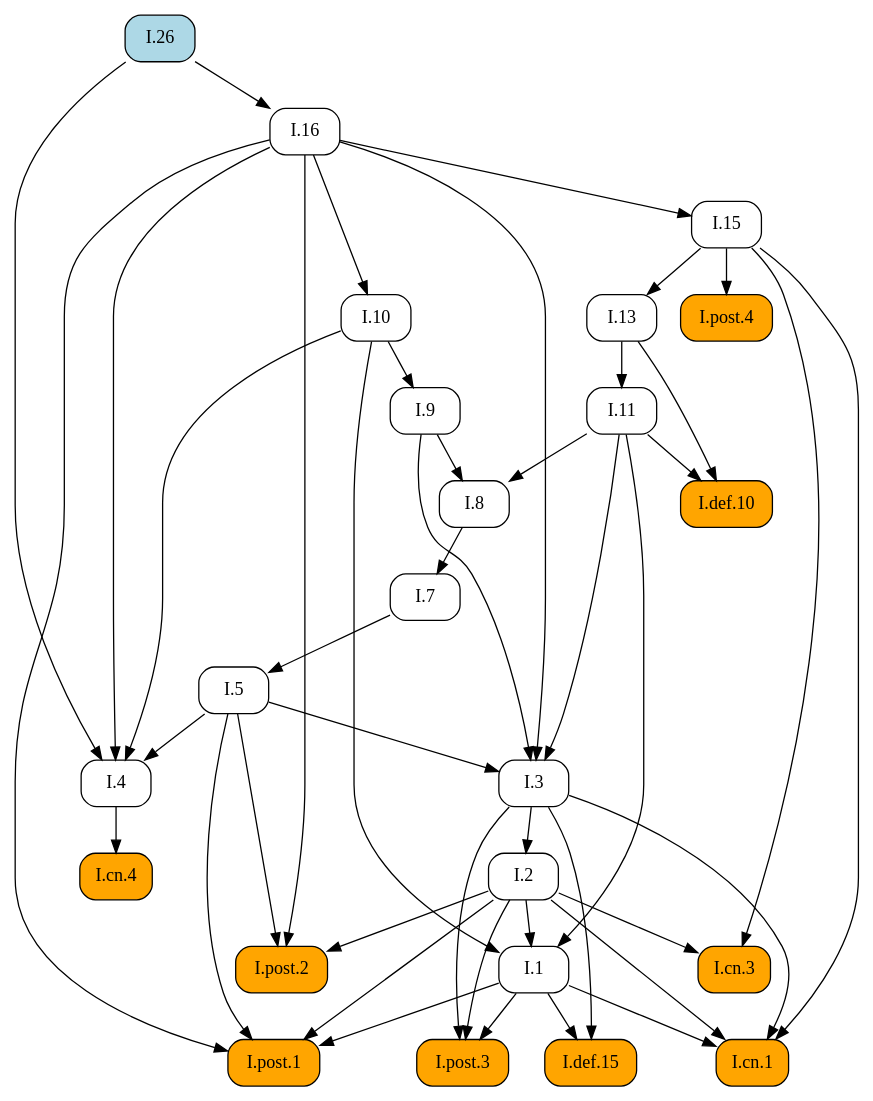
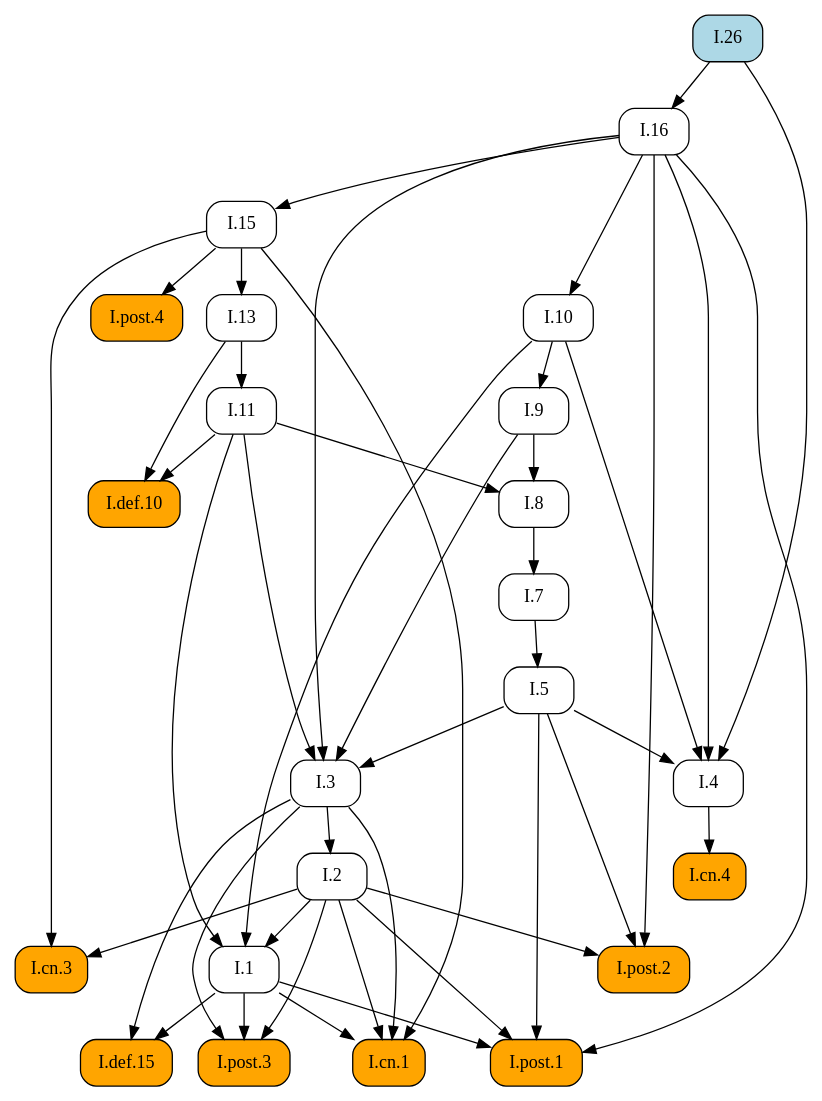
Before and after one commit to geometor/elements: the diagram in docsrc/elements2/I/26/index.rst, drawn with Graphviz. The commit also changed other lines of this file and 171 other files, not shown here.

```diff
--- a/docsrc/elements2/I/26/index.rst
+++ b/docsrc/elements2/I/26/index.rst
@@ -86,73 +86,73 @@
 .. graphviz::
 
    digraph {
      rankdir="TB";
      node [shape=box, style=rounded];
+     "I.8" [URL="/elements2/I/8/", target="_top"];
+     "I.1" [URL="/elements2/I/1/", target="_top"];
+     "I.cn.4" [style="rounded,filled", fillcolor=orange, URL="/elements2/I/cn.4/", target="_top"];
+     "I.cn.3" [style="rounded,filled", fillcolor=orange, URL="/elements2/I/cn.3/", target="_top"];
+     "I.7" [URL="/elements2/I/7/", target="_top"];
+     "I.26" [style="rounded,filled", fillcolor=lightblue, URL="/elements2/I/26/", target="_top"];
+     "I.post.1" [style="rounded,filled", fillcolor=orange, URL="/elements2/I/post.1/", target="_top"];
+     "I.9" [URL="/elements2/I/9/", target="_top"];
+     "I.5" [URL="/elements2/I/5/", target="_top"];
+     "I.cn.1" [style="rounded,filled", fillcolor=orange, URL="/elements2/I/cn.1/", target="_top"];
+     "I.post.4" [style="rounded,filled", fillcolor=orange, URL="/elements2/I/post.4/", target="_top"];
+     "I.def.10" [style="rounded,filled", fillcolor=orange, URL="/elements2/I/def.10/", target="_top"];
      "I.16" [URL="/elements2/I/16/", target="_top"];
-     "I.def.10" [style="rounded,filled", fillcolor=orange, URL="/elements2/I/def.10/", target="_top"];
-     "I.9" [URL="/elements2/I/9/", target="_top"];
+     "I.13" [URL="/elements2/I/13/", target="_top"];
      "I.2" [URL="/elements2/I/2/", target="_top"];
-     "I.8" [URL="/elements2/I/8/", target="_top"];
+     "I.def.15" [style="rounded,filled", fillcolor=orange, URL="/elements2/I/def.15/", target="_top"];
+     "I.4" [URL="/elements2/I/4/", target="_top"];
+     "I.11" [URL="/elements2/I/11/", target="_top"];
+     "I.10" [URL="/elements2/I/10/", target="_top"];
      "I.15" [URL="/elements2/I/15/", target="_top"];
-     "I.26" [style="rounded,filled", fillcolor=lightblue, URL="/elements2/I/26/", target="_top"];
-     "I.cn.4" [style="rounded,filled", fillcolor=orange, URL="/elements2/I/cn.4/", target="_top"];
-     "I.def.15" [style="rounded,filled", fillcolor=orange, URL="/elements2/I/def.15/", target="_top"];
+     "I.3" [URL="/elements2/I/3/", target="_top"];
+     "I.post.2" [style="rounded,filled", fillcolor=orange, URL="/elements2/I/post.2/", target="_top"];
      "I.post.3" [style="rounded,filled", fillcolor=orange, URL="/elements2/I/post.3/", target="_top"];
-     "I.1" [URL="/elements2/I/1/", target="_top"];
-     "I.post.2" [style="rounded,filled", fillcolor=orange, URL="/elements2/I/post.2/", target="_top"];
-     "I.13" [URL="/elements2/I/13/", target="_top"];
-     "I.10" [URL="/elements2/I/10/", target="_top"];
-     "I.post.1" [style="rounded,filled", fillcolor=orange, URL="/elements2/I/post.1/", target="_top"];
-     "I.7" [URL="/elements2/I/7/", target="_top"];
-     "I.post.4" [style="rounded,filled", fillcolor=orange, URL="/elements2/I/post.4/", target="_top"];
-     "I.cn.1" [style="rounded,filled", fillcolor=orange, URL="/elements2/I/cn.1/", target="_top"];
-     "I.3" [URL="/elements2/I/3/", target="_top"];
-     "I.cn.3" [style="rounded,filled", fillcolor=orange, URL="/elements2/I/cn.3/", target="_top"];
-     "I.11" [URL="/elements2/I/11/", target="_top"];
-     "I.5" [URL="/elements2/I/5/", target="_top"];
-     "I.4" [URL="/elements2/I/4/", target="_top"];
-     "I.26" -> "I.16";
-     "I.11" -> "I.def.10";
-     "I.13" -> "I.def.10";
-     "I.10" -> "I.9";
-     "I.3" -> "I.2";
      "I.9" -> "I.8";
      "I.11" -> "I.8";
-     "I.16" -> "I.15";
-     "I.4" -> "I.cn.4";
-     "I.1" -> "I.def.15";
-     "I.3" -> "I.def.15";
-     "I.1" -> "I.post.3";
-     "I.2" -> "I.post.3";
-     "I.3" -> "I.post.3";
      "I.2" -> "I.1";
      "I.10" -> "I.1";
      "I.11" -> "I.1";
-     "I.2" -> "I.post.2";
-     "I.5" -> "I.post.2";
-     "I.16" -> "I.post.2";
-     "I.15" -> "I.13";
-     "I.16" -> "I.10";
+     "I.4" -> "I.cn.4";
+     "I.2" -> "I.cn.3";
+     "I.15" -> "I.cn.3";
+     "I.8" -> "I.7";
      "I.1" -> "I.post.1";
      "I.2" -> "I.post.1";
      "I.5" -> "I.post.1";
      "I.16" -> "I.post.1";
-     "I.8" -> "I.7";
-     "I.15" -> "I.post.4";
+     "I.10" -> "I.9";
+     "I.7" -> "I.5";
      "I.1" -> "I.cn.1";
      "I.2" -> "I.cn.1";
      "I.3" -> "I.cn.1";
      "I.15" -> "I.cn.1";
+     "I.15" -> "I.post.4";
+     "I.11" -> "I.def.10";
+     "I.13" -> "I.def.10";
+     "I.26" -> "I.16";
+     "I.15" -> "I.13";
+     "I.3" -> "I.2";
+     "I.1" -> "I.def.15";
+     "I.3" -> "I.def.15";
+     "I.5" -> "I.4";
+     "I.10" -> "I.4";
+     "I.16" -> "I.4";
+     "I.26" -> "I.4";
+     "I.13" -> "I.11";
+     "I.16" -> "I.10";
+     "I.16" -> "I.15";
      "I.5" -> "I.3";
      "I.9" -> "I.3";
      "I.11" -> "I.3";
      "I.16" -> "I.3";
-     "I.2" -> "I.cn.3";
-     "I.15" -> "I.cn.3";
-     "I.13" -> "I.11";
-     "I.7" -> "I.5";
-     "I.5" -> "I.4";
-     "I.10" -> "I.4";
-     "I.16" -> "I.4";
-     "I.26" -> "I.4";
+     "I.2" -> "I.post.2";
+     "I.5" -> "I.post.2";
+     "I.16" -> "I.post.2";
+     "I.1" -> "I.post.3";
+     "I.2" -> "I.post.3";
+     "I.3" -> "I.post.3";
    }
```
